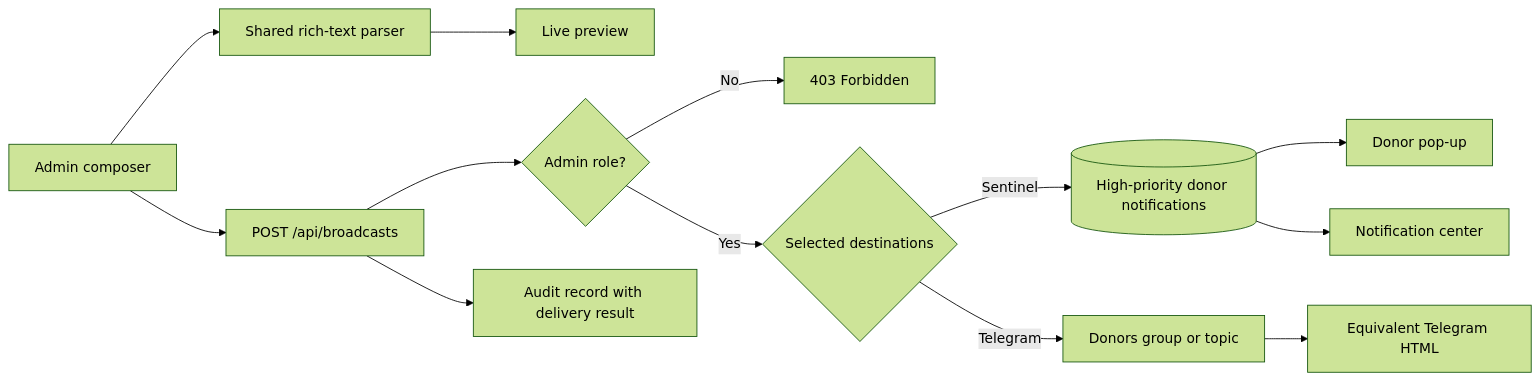
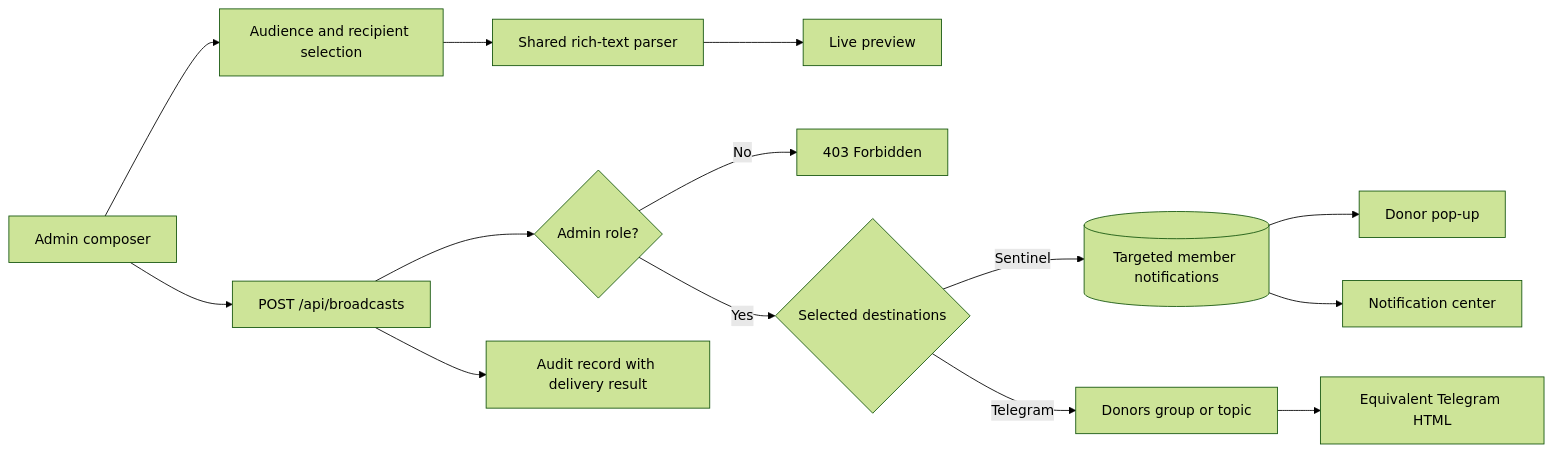
One commit to zxcvresque/Pzp-Sentinel changed the third of 6 diagrams in README.md. Above: the diagram before and after it, drawn with Mermaid (forest theme). The commit also changed other lines of this file and 5 other files, not shown here.

Commit message:
Add targeted high-priority broadcasts

````diff
--- a/README.md
+++ b/README.md
@@ -177,15 +179,16 @@
 ```mermaid
 flowchart LR
-    A[Admin composer] --> P[Shared rich-text parser]
+    A[Admin composer] --> AUD[Audience and recipient selection]
+    AUD --> P[Shared rich-text parser]
     P --> V[Live preview]
     A --> API[POST /api/broadcasts]
     API --> AUTH{Admin role?}
     AUTH -->|No| DENY[403 Forbidden]
     AUTH -->|Yes| DEST{Selected destinations}
-    DEST -->|Sentinel| N[(High-priority donor notifications)]
+    DEST -->|Sentinel| N[(Targeted member notifications)]
     DEST -->|Telegram| T[Donors group or topic]
     N --> POP[Donor pop-up]
     N --> BELL[Notification center]
     T --> POST[Equivalent Telegram HTML]
     API --> LOG[Audit record with delivery result]
 ```
````
